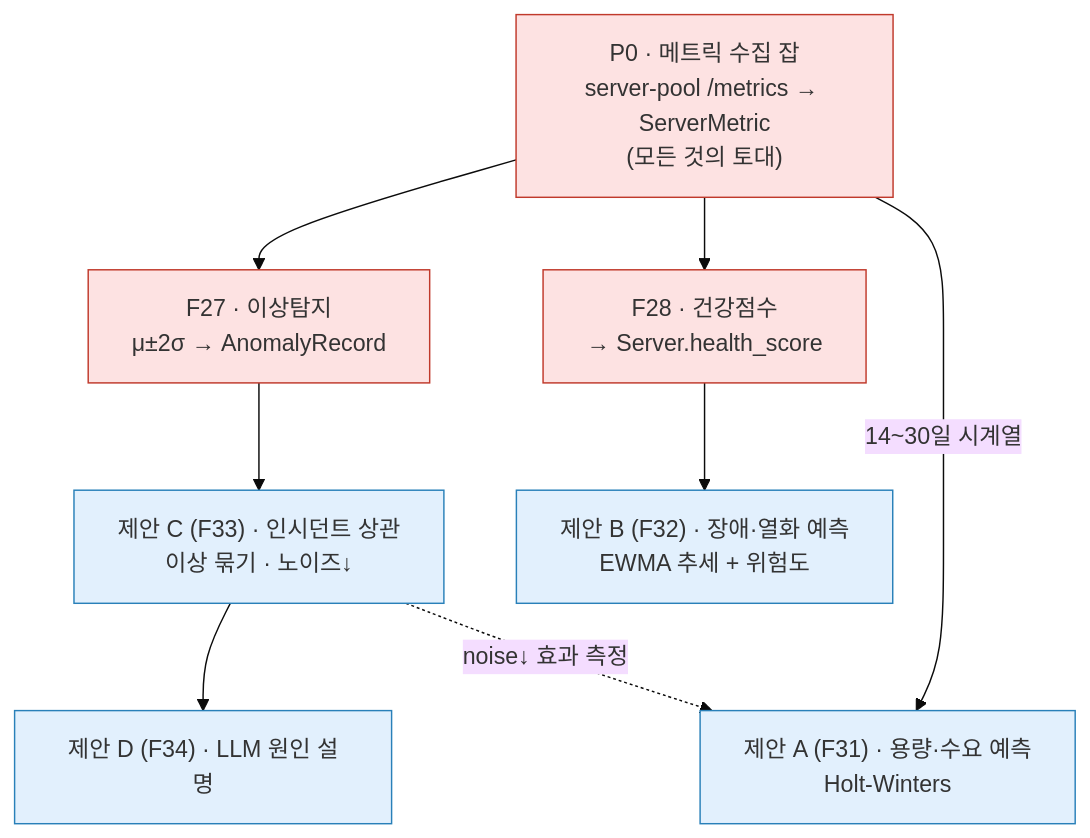
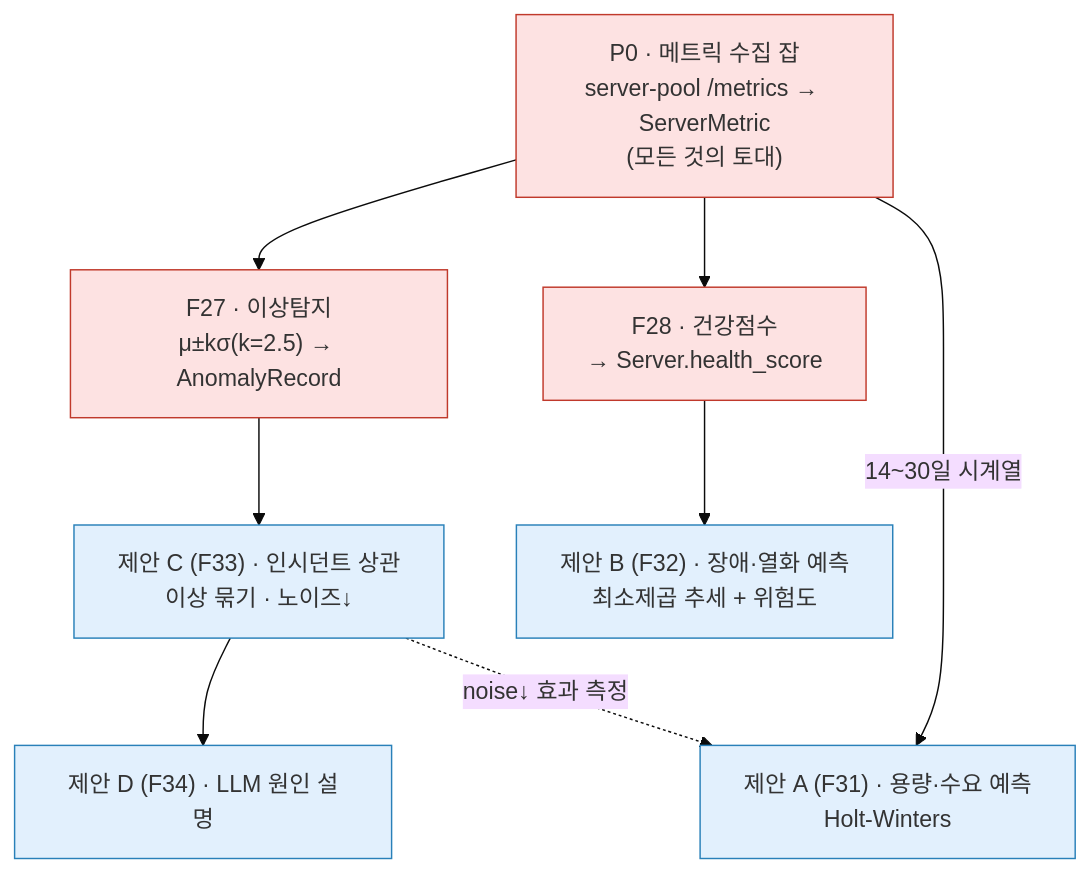
Before and after one commit to 2026-SE-TEAM-4/diagram-and-docs: the first of 2 diagrams in docs-web/docs/04-design/ai-ops-implementation.md, drawn with Mermaid (base theme). The commit also changed other lines of this file and 8 other files, not shown here.

````diff
--- a/docs-web/docs/04-design/ai-ops-implementation.md
+++ b/docs-web/docs/04-design/ai-ops-implementation.md
@@ -47,20 +47,20 @@
 ```mermaid
 flowchart TD
     P0["P0 · 메트릭 수집 잡<br/>server-pool /metrics → ServerMetric<br/>(모든 것의 토대)"]
-    F27["F27 · 이상탐지<br/>μ±2σ → AnomalyRecord"]
+    F27["F27 · 이상탐지<br/>μ±kσ(k=2.5) → AnomalyRecord"]
     F28["F28 · 건강점수<br/>→ Server.health_score"]
     C["제안 C (F33) · 인시던트 상관<br/>이상 묶기 · 노이즈↓"]
     A["제안 A (F31) · 용량·수요 예측<br/>Holt-Winters"]
     D["제안 D (F34) · LLM 원인 설명"]
-    B["제안 B (F32) · 장애·열화 예측<br/>EWMA 추세 + 위험도"]
+    B["제안 B (F32) · 장애·열화 예측<br/>최소제곱 추세 + 위험도"]
 
     P0 --> F27 --> C --> D
     P0 --> F28 --> B
     P0 -->|14~30일 시계열| A
     C -.->|noise↓ 효과 측정| A
 
     classDef pre fill:#fde2e2,stroke:#c0392b;
     classDef prop fill:#e2f0fd,stroke:#2980b9;
     class P0,F27,F28 pre;
     class A,B,C,D prop;
 ```
````
